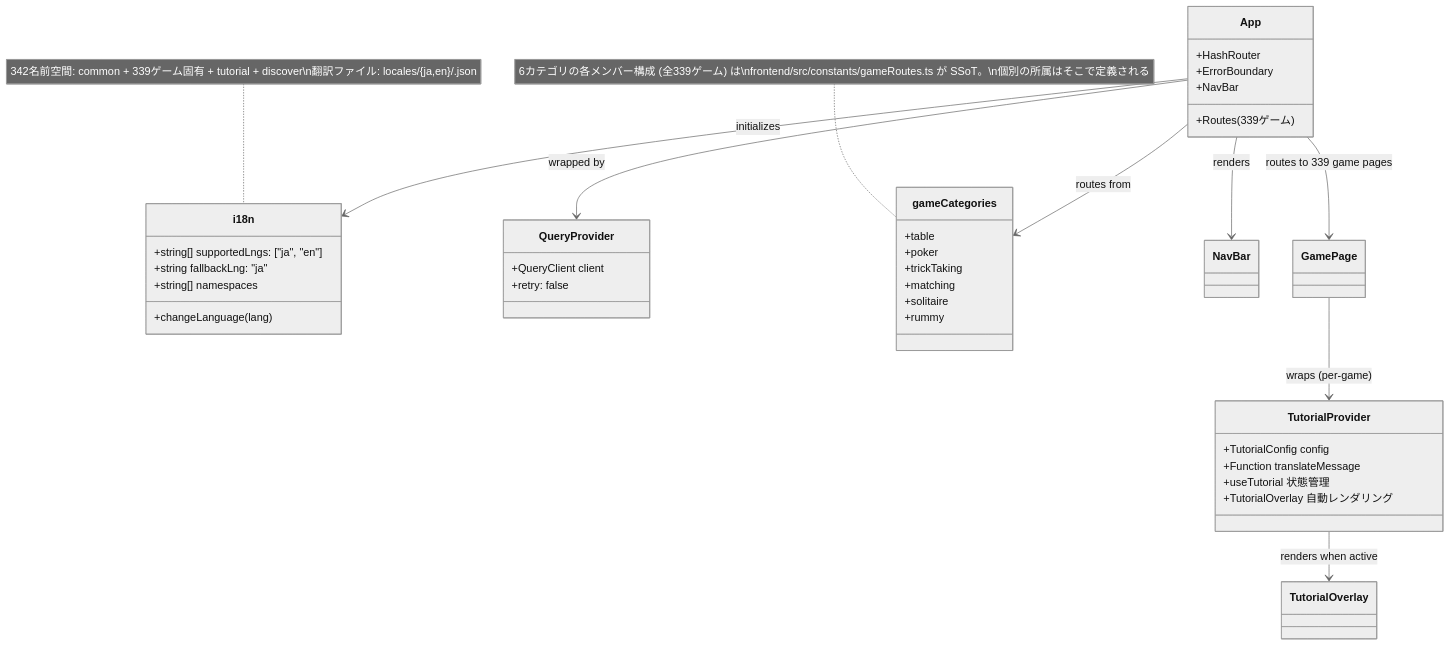
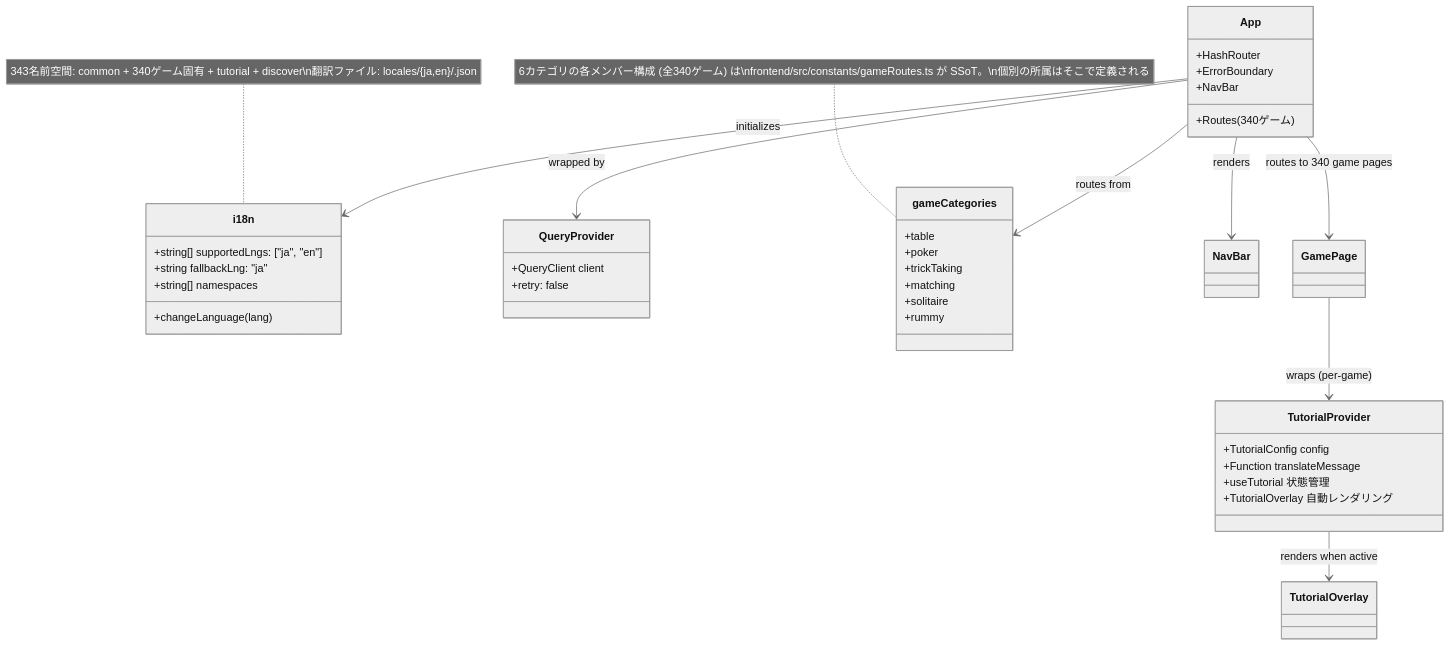
One commit to yuta-yoshinaga/go_trumpcards changed the ninth of 49 diagrams in docs/design/frontend.md. Above: the diagram before and after it, drawn with Mermaid (neutral theme). The commit also changed other lines of this file and 61 other files, not shown here.

````diff
--- a/docs/design/frontend.md
+++ b/docs/design/frontend.md
@@ -1874,48 +1874,48 @@
 ```mermaid
 classDiagram
     class i18n {
         +string[] supportedLngs: ["ja", "en"]
         +string fallbackLng: "ja"
         +string[] namespaces
         +changeLanguage(lang)
     }
 
     class QueryProvider {
         +QueryClient client
         +retry: false
     }
 
     class App {
         +HashRouter
         +ErrorBoundary
         +NavBar
-        +Routes (339ゲーム)
+        +Routes (340ゲーム)
     }
 
     class gameCategories {
         +table
         +poker
         +trickTaking
         +matching
         +solitaire
         +rummy
     }
-    note for gameCategories "6カテゴリの各メンバー構成 (全339ゲーム) は\nfrontend/src/constants/gameRoutes.ts が SSoT。\n個別の所属はそこで定義される"
+    note for gameCategories "6カテゴリの各メンバー構成 (全340ゲーム) は\nfrontend/src/constants/gameRoutes.ts が SSoT。\n個別の所属はそこで定義される"
 
     class TutorialProvider {
         +TutorialConfig config
         +Function translateMessage
         +useTutorial 状態管理
         +TutorialOverlay 自動レンダリング
     }
 
     App --> QueryProvider : wrapped by
     App --> i18n : initializes
     App --> gameCategories : routes from
     App --> NavBar : renders
-    App --> GamePage : routes to 339 game pages
+    App --> GamePage : routes to 340 game pages
     GamePage --> TutorialProvider : wraps (per-game)
     TutorialProvider --> TutorialOverlay : renders when active
 
-    note for i18n "342名前空間: common + 339ゲーム固有 + tutorial + discover\n翻訳ファイル: locales/{ja,en}/<game>.json"
+    note for i18n "343名前空間: common + 340ゲーム固有 + tutorial + discover\n翻訳ファイル: locales/{ja,en}/<game>.json"
 ```
````
